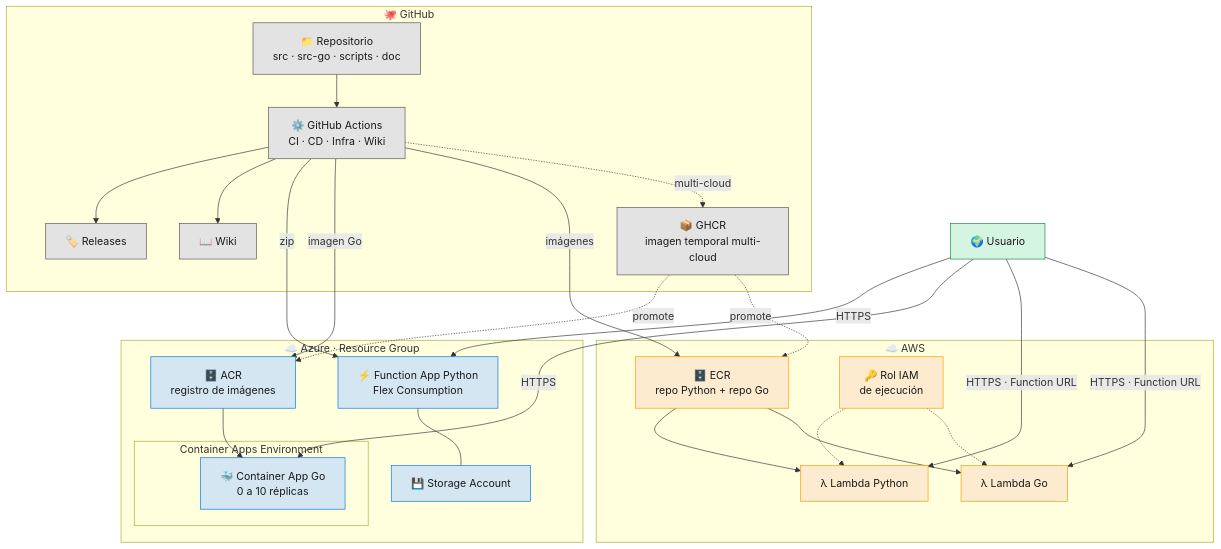
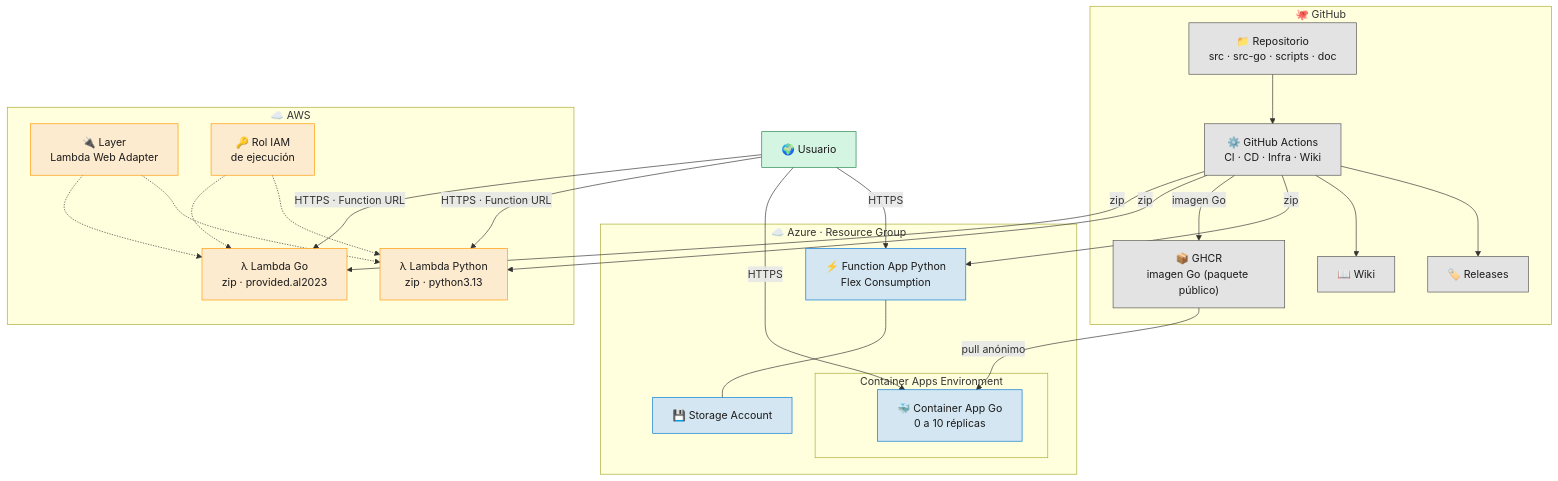
One commit to yembertQC/Reto_Platform-Enginner_ED-Team changed the first of 5 diagrams in doc/02-Arquitectura.md. Above: the diagram before and after it, drawn with Mermaid. The commit also changed other lines of this file and 28 other files, not shown here.

````diff
--- a/doc/02-Arquitectura.md
+++ b/doc/02-Arquitectura.md
@@ -9,57 +9,53 @@
 ```mermaid
 flowchart TB
     subgraph GH["🐙 GitHub"]
         REPO["📁 Repositorio<br/>src · src-go · scripts · doc"]
         ACT["⚙️ GitHub Actions<br/>CI · CD · Infra · Wiki"]
         REL["🏷️ Releases"]
-        GHCR["📦 GHCR<br/>imagen temporal multi-cloud"]
+        GHCR["📦 GHCR<br/>imagen Go (paquete público)"]
         WIKI["📖 Wiki"]
     end
 
     subgraph AZ["☁️ Azure · Resource Group"]
-        ACR["🗄️ ACR<br/>registro de imágenes"]
         subgraph CAE["Container Apps Environment"]
             ACA["🐳 Container App Go<br/>0 a 10 réplicas"]
         end
         FUNC["⚡ Function App Python<br/>Flex Consumption"]
         ST["💾 Storage Account"]
     end
 
     subgraph AWS["☁️ AWS"]
-        ECR["🗄️ ECR<br/>repo Python + repo Go"]
-        LPY["λ Lambda Python"]
-        LGO["λ Lambda Go"]
+        LPY["λ Lambda Python<br/>zip · python3.13"]
+        LGO["λ Lambda Go<br/>zip · provided.al2023"]
+        LWA["🔌 Layer<br/>Lambda Web Adapter"]
         IAM["🔑 Rol IAM<br/>de ejecución"]
     end
 
     USER["🌍 Usuario"]
 
     REPO --> ACT
     ACT --> REL
     ACT --> WIKI
     ACT -->|"zip"| FUNC
-    ACT -->|"imagen Go"| ACR
-    ACT -->|"imágenes"| ECR
-    ACT -.->|"multi-cloud"| GHCR
-    GHCR -.->|"promote"| ACR
-    GHCR -.->|"promote"| ECR
+    ACT -->|"imagen Go"| GHCR
+    ACT -->|"zip"| LPY & LGO
 
-    ACR --> ACA
-    ECR --> LPY & LGO
+    GHCR -->|"pull anónimo"| ACA
+    LWA -.-> LPY & LGO
     IAM -.-> LPY & LGO
     FUNC --- ST
 
     USER -->|"HTTPS"| FUNC
     USER -->|"HTTPS"| ACA
     USER -->|"HTTPS · Function URL"| LPY
     USER -->|"HTTPS · Function URL"| LGO
 
     classDef gh fill:#E3E3E3,stroke:#555,color:#1a1a1a
     classDef azure fill:#D4E6F1,stroke:#0078D4,color:#1a1a1a
     classDef aws fill:#FDEBD0,stroke:#FF9900,color:#1a1a1a
     classDef user fill:#D5F5E3,stroke:#1E8449,color:#1a1a1a
     class REPO,ACT,REL,GHCR,WIKI gh
-    class ACR,ACA,FUNC,ST azure
-    class ECR,LPY,LGO,IAM aws
+    class ACA,FUNC,ST azure
+    class LPY,LGO,LWA,IAM aws
     class USER user
 ```
````
